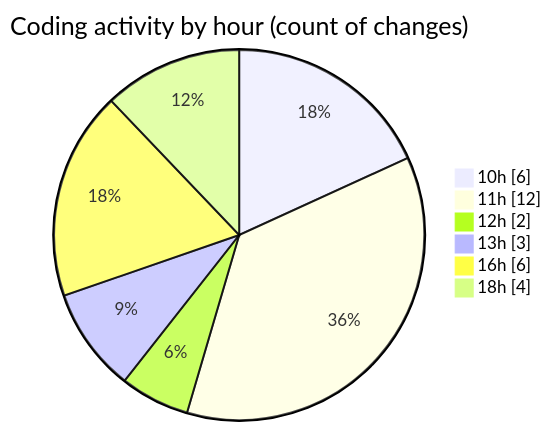
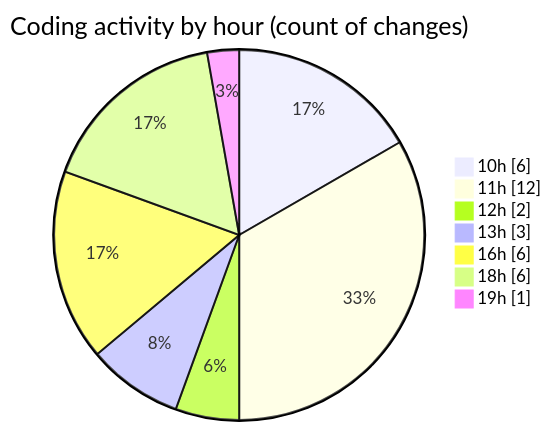
Before and after one commit to nxtqubesakshisongat/code-tracking: the second of 2 diagrams in 2026-06-25/nxtqube_webapp/README.md, drawn with Mermaid. The commit also changed other lines of this file and 1 other file, not shown here.

````diff
--- a/2026-06-25/nxtqube_webapp/README.md
+++ b/2026-06-25/nxtqube_webapp/README.md
@@ -30,10 +30,11 @@
 ```mermaid
 pie showData
 title Coding activity by hour (count of changes)
 "10h" : 6
 "11h" : 12
 "12h" : 2
 "13h" : 3
 "16h" : 6
-"18h" : 4
+"18h" : 6
+"19h" : 1
 ```
````
